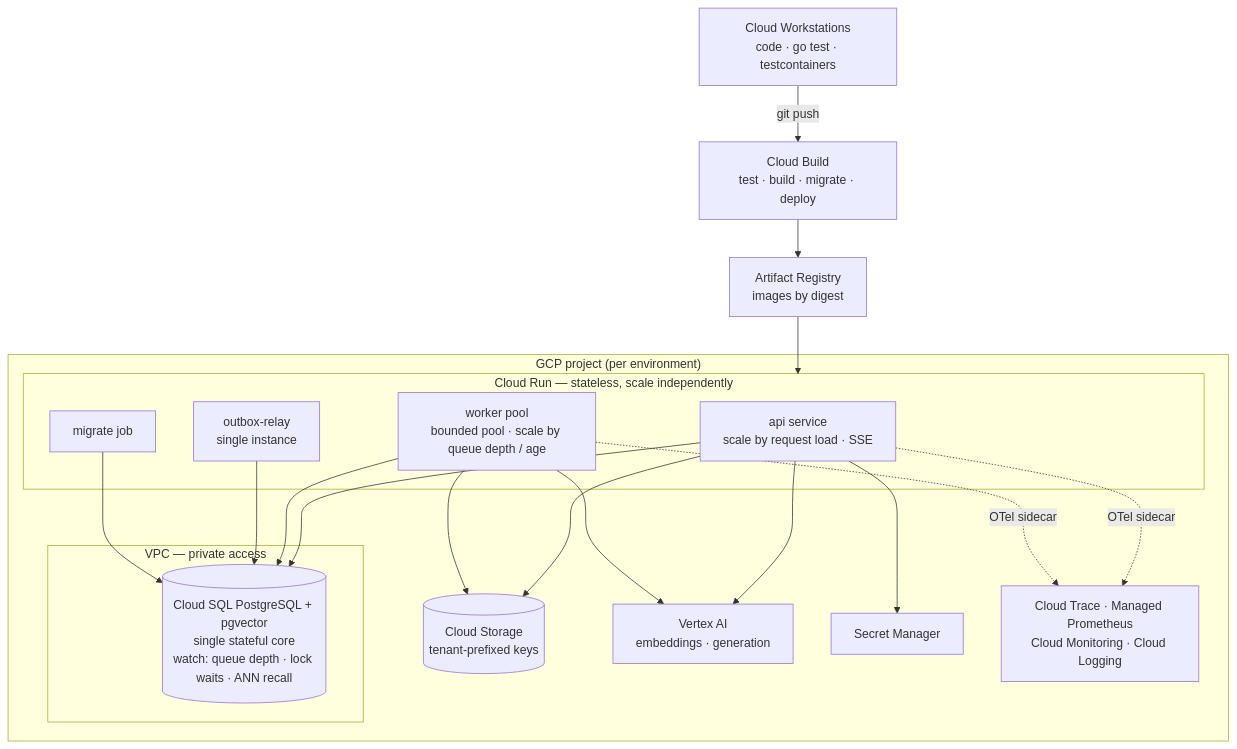
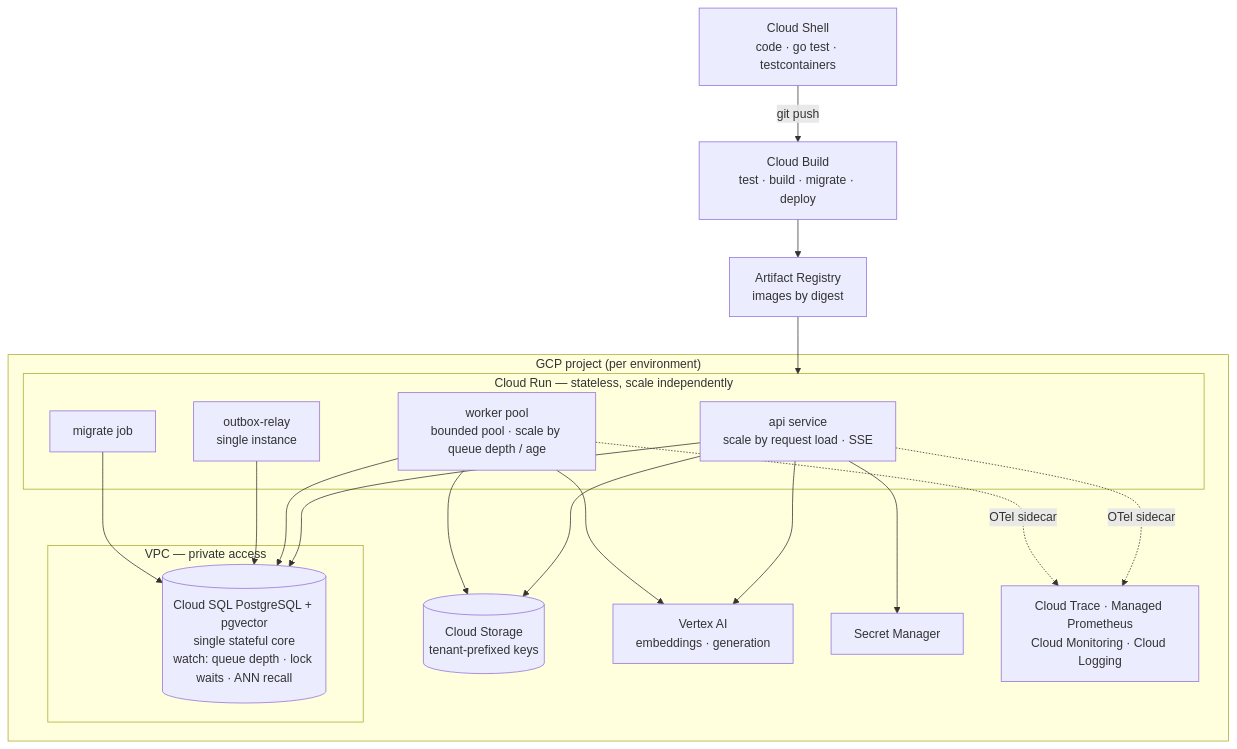
The seventh of 8 diagrams in docs/diagrams/architecture.md (kavish924/multi-tenant-rag), drawn with Mermaid before and after one commit. The commit also changed 28 other files, not shown here.

````diff
--- a/docs/diagrams/architecture.md
+++ b/docs/diagrams/architecture.md
@@ -212,36 +212,36 @@
 ```mermaid
 flowchart TB
-    DEV["Cloud Workstations<br/>code · go test · testcontainers"] -->|git push| CB["Cloud Build<br/>test · build · migrate · deploy"]
+    DEV["Cloud Shell<br/>code · go test · testcontainers"] -->|git push| CB["Cloud Build<br/>test · build · migrate · deploy"]
     CB --> AR["Artifact Registry<br/>images by digest"]
 
     subgraph project["GCP project (per environment)"]
         subgraph run["Cloud Run — stateless, scale independently"]
             API["api service<br/>scale by request load · SSE"]
             W["worker pool<br/>bounded pool · scale by queue depth / age"]
             RELAY["outbox-relay<br/>single instance"]
             MIG["migrate job"]
         end
 
         subgraph vpc["VPC — private access"]
             PG[("Cloud SQL PostgreSQL + pgvector<br/>single stateful core<br/>watch: queue depth · lock waits · ANN recall")]
         end
 
         GCS[("Cloud Storage<br/>tenant-prefixed keys")]
         VX["Vertex AI<br/>embeddings · generation"]
         SM["Secret Manager"]
         OBS["Cloud Trace · Managed Prometheus<br/>Cloud Monitoring · Cloud Logging"]
     end
 
     AR --> run
     API --> PG
     W --> PG
     RELAY --> PG
     MIG --> PG
     API --> GCS
     W --> GCS
     API --> VX
     W --> VX
     API --> SM
     API -.->|OTel sidecar| OBS
     W -.->|OTel sidecar| OBS
 ```
````
